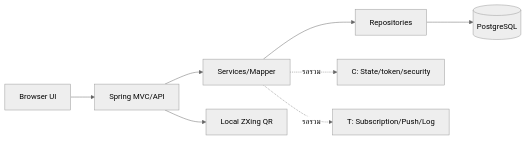
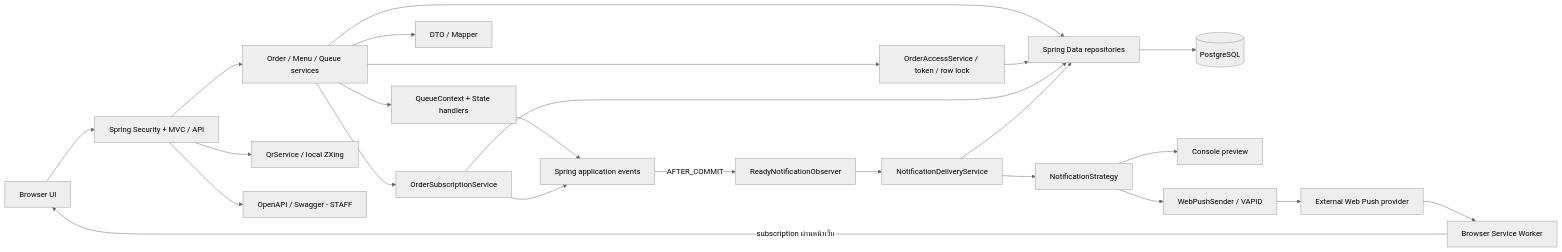
One commit to kaokao31/food-queue-notifier changed the diagram in doc/diagrams/component.md. Above: the diagram before and after it, drawn with Mermaid (neutral theme). The commit also changed other lines of this file and 9 other files, not shown here.

Commit message:
docs: update handover, migrations and architecture diagrams

````diff
--- a/doc/diagrams/component.md
+++ b/doc/diagrams/component.md
@@ -3,10 +5,26 @@
 ```mermaid
 flowchart LR
-  B[Browser UI] --> W[Spring MVC/API]
-  W --> S[Services/Mapper]
-  S --> R[Repositories]
-  R --> P[(PostgreSQL)]
-  S -. รอรวม .-> C[C: State/token/security]
-  S -. รอรวม .-> T[T: Subscription/Push/Log]
-  W --> Q[Local ZXing QR]
+  B[Browser UI] --> W[Spring Security + MVC / API]
+  SW[Browser Service Worker] -->|subscription ผ่านหน้าเว็บ| B
+  W --> S[Order / Menu / Queue services]
+  W --> Q[QrService / local ZXing]
+  W --> DOC[OpenAPI / Swagger - STAFF]
+  S --> ACCESS[OrderAccessService / token / row lock]
+  S --> STATE[QueueContext + State handlers]
+  S --> MAP[DTO / Mapper]
+  S --> SUB[OrderSubscriptionService]
+  S --> R[Spring Data repositories]
+  ACCESS --> R
+  SUB --> R
+  R --> DB[(PostgreSQL)]
+  STATE --> EVT[Spring application events]
+  SUB --> EVT
+  EVT -->|AFTER_COMMIT| OBS[ReadyNotificationObserver]
+  OBS --> DEL[NotificationDeliveryService]
+  DEL --> R
+  DEL --> STR[NotificationStrategy]
+  STR --> CON[Console preview]
+  STR --> PUSH[WebPushSender / VAPID]
+  PUSH --> PROVIDER[External Web Push provider]
+  PROVIDER --> SW
 ```
````
